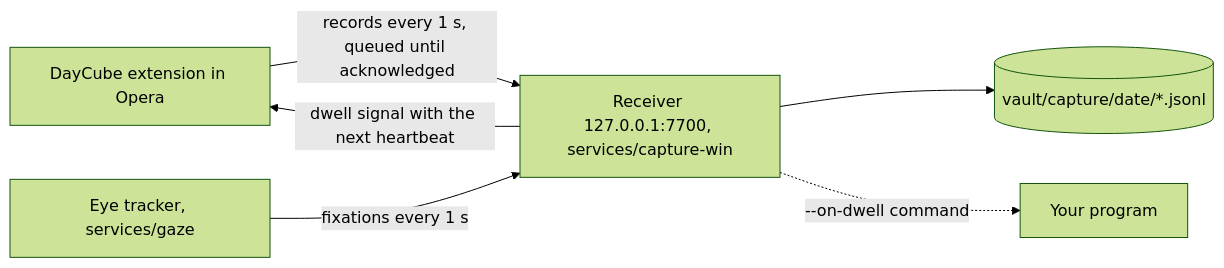
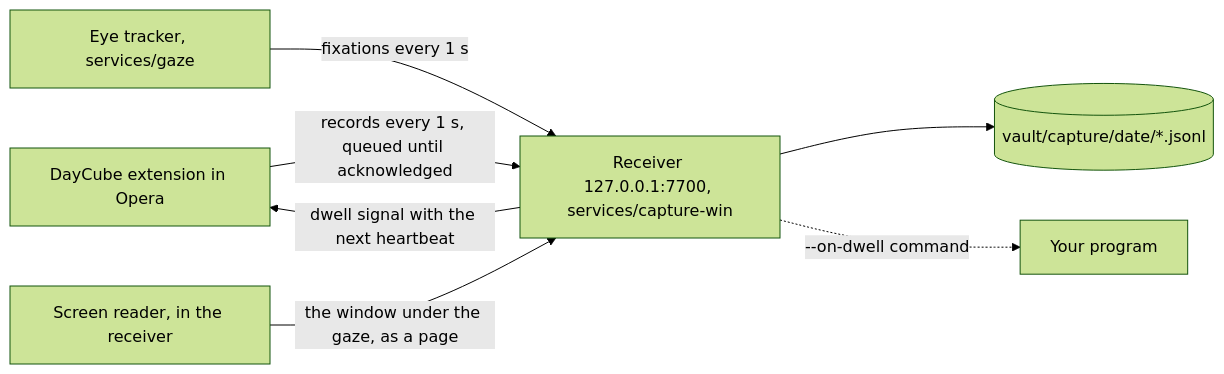
Before and after one commit to Zwc-11/DayCube: the diagram in docs/capture.md, drawn with Mermaid (forest theme). The commit also changed other lines of this file and 16 other files, not shown here.

First line of the commit message:
feat(capture): read the window under the gaze in any app, not only browser pages

````diff
--- a/docs/capture.md
+++ b/docs/capture.md
@@ -5,8 +5,9 @@
 ```mermaid
 flowchart LR
   ext[DayCube extension in Opera] -- "records every 1 s, queued until acknowledged" --> rx
   gaze[Eye tracker, services/gaze] -- "fixations every 1 s" --> rx
   rx[Receiver 127.0.0.1:7700, services/capture-win] --> logs[(vault/capture/date/*.jsonl)]
+  scr[Screen reader, in the receiver] -- "the window under the gaze, as a page" --> rx
   rx -- "dwell signal with the next heartbeat" --> ext
   rx -. "--on-dwell command" .-> hook[Your program]
 ```
````
